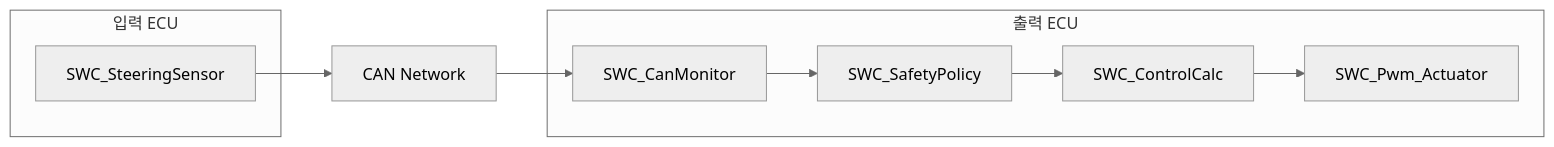
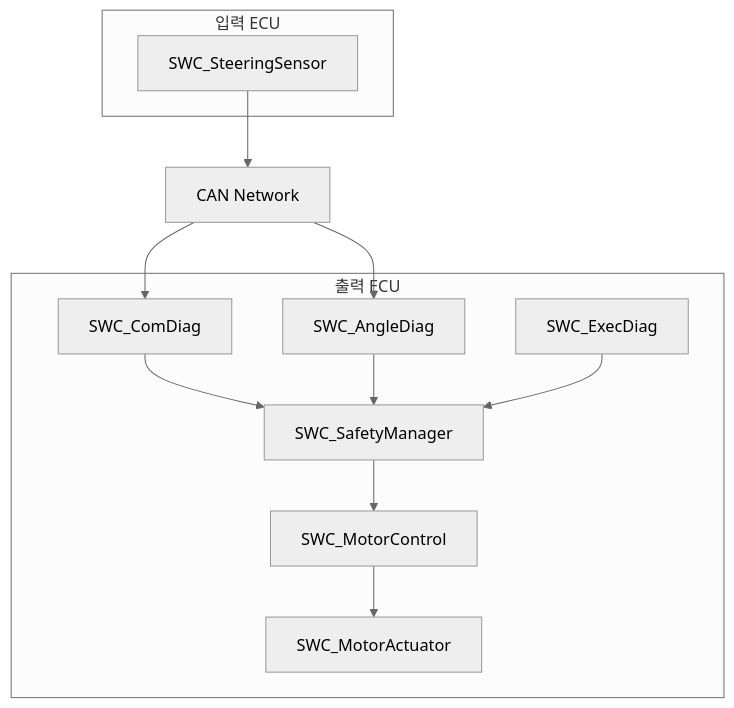
The first of 3 diagrams in iso26262-sbw-failsafe/workproducts/04_SW_Architecture_Design.md (kwangil1245-code/iso26262-sbw-failsafe), drawn with Mermaid (neutral theme) before and after one commit. The commit also changed other lines of this file, not shown here.

````diff
--- a/iso26262-sbw-failsafe/workproducts/04_SW_Architecture_Design.md
+++ b/iso26262-sbw-failsafe/workproducts/04_SW_Architecture_Design.md
@@ -39,21 +46,27 @@
 ```mermaid
-flowchart LR
-    subgraph IN["입력 ECU"]
+flowchart TD
+    subgraph INPUT["입력 ECU"]
         SS["SWC_SteeringSensor"]
     end
 
     CAN["CAN Network"]
 
-    subgraph OUT["출력 ECU"]
-        CM["SWC_CanMonitor"]
-        SP["SWC_SafetyPolicy"]
-        CC["SWC_ControlCalc"]
-        PA["SWC_Pwm_Actuator"]
+    subgraph OUTPUT["출력 ECU"]
+        CD["SWC_ComDiag"]
+        AD["SWC_AngleDiag"]
+        ED["SWC_ExecDiag"]
+        SM["SWC_SafetyManager"]
+        MC["SWC_MotorControl"]
+        MA["SWC_MotorActuator"]
 
-        CM --> SP
-        SP --> CC
-        CC --> PA
+        CD --> SM
+        AD --> SM
+        ED --> SM
+        SM --> MC
+        MC --> MA
     end
 
-    SS --> CAN --> CM
+    SS --> CAN
+    CAN --> CD
+    CAN --> AD
 ```
````
